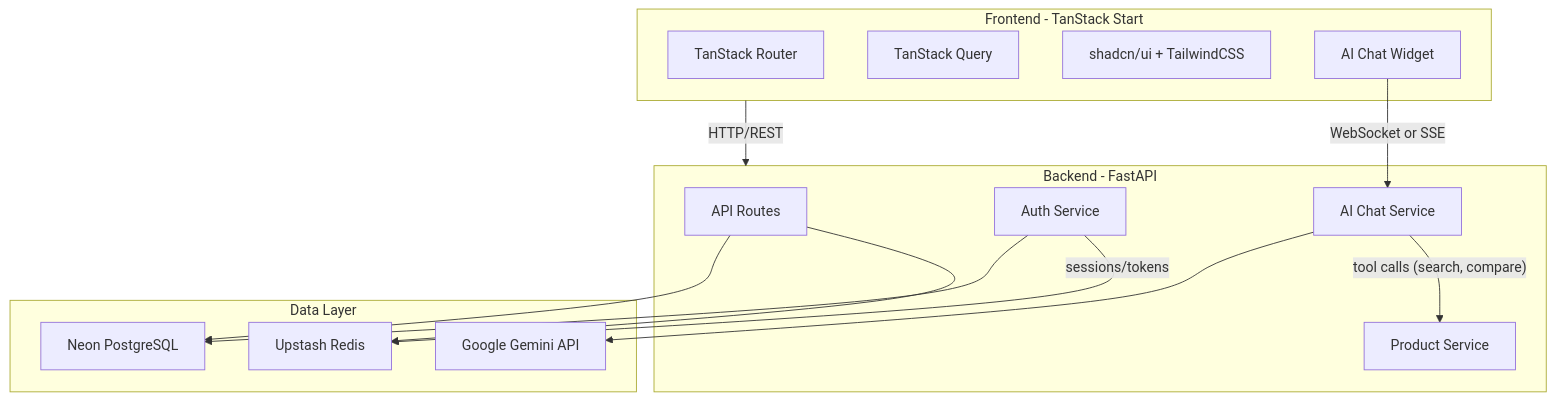
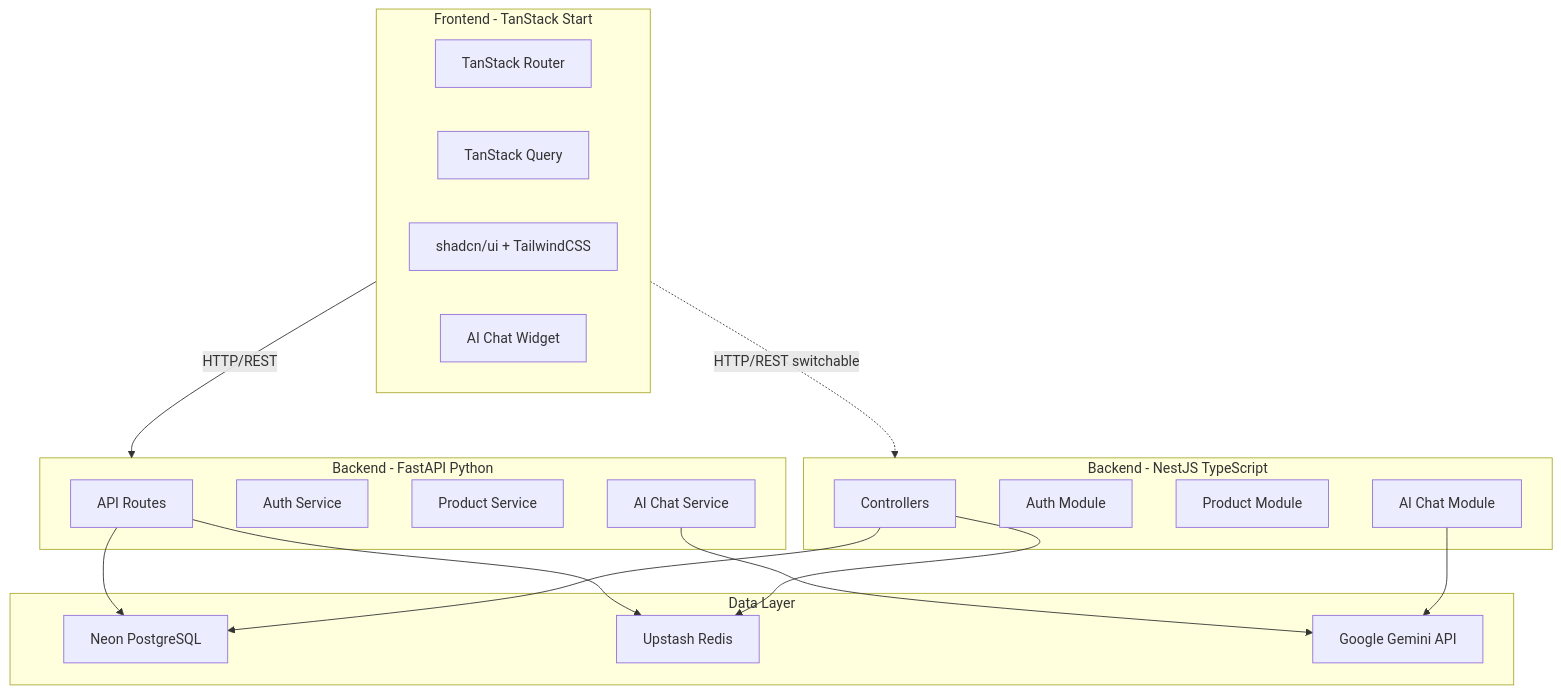
The first of 2 diagrams in PLAN.md (daniel-ctn/ai-commercial), drawn with Mermaid before and after one commit. The commit also changed other lines of this file and 54 other files, not shown here.

````diff
--- a/PLAN.md
+++ b/PLAN.md
@@ -20,31 +41,38 @@
 ```mermaid
 graph TB
   subgraph frontend [Frontend - TanStack Start]
     Router[TanStack Router]
     Query[TanStack Query]
     UI[shadcn/ui + TailwindCSS]
     ChatWidget[AI Chat Widget]
   end
 
-  subgraph backend [Backend - FastAPI]
-    API[API Routes]
-    AuthService[Auth Service]
-    ProductService[Product Service]
-    AIService[AI Chat Service]
+  subgraph backend_fastapi [Backend - FastAPI Python]
+    API_PY[API Routes]
+    AuthService_PY[Auth Service]
+    ProductService_PY[Product Service]
+    AIService_PY[AI Chat Service]
+  end
+
+  subgraph backend_nest [Backend - NestJS TypeScript]
+    API_TS[Controllers]
+    AuthService_TS[Auth Module]
+    ProductService_TS[Product Module]
+    AIService_TS[AI Chat Module]
   end
 
   subgraph data [Data Layer]
     Neon[Neon PostgreSQL]
     Redis[Upstash Redis]
     Gemini[Google Gemini API]
   end
 
-  frontend -->|HTTP/REST| backend
-  ChatWidget -->|WebSocket or SSE| AIService
-  API --> Neon
-  API --> Redis
-  AIService --> Gemini
-  AIService -->|"tool calls (search, compare)"| ProductService
-  AuthService --> Neon
-  AuthService -->|sessions/tokens| Redis
+  frontend -->|HTTP/REST| backend_fastapi
+  frontend -.->|HTTP/REST switchable| backend_nest
+  API_PY --> Neon
+  API_PY --> Redis
+  API_TS --> Neon
+  API_TS --> Redis
+  AIService_PY --> Gemini
+  AIService_TS --> Gemini
 ```
````
